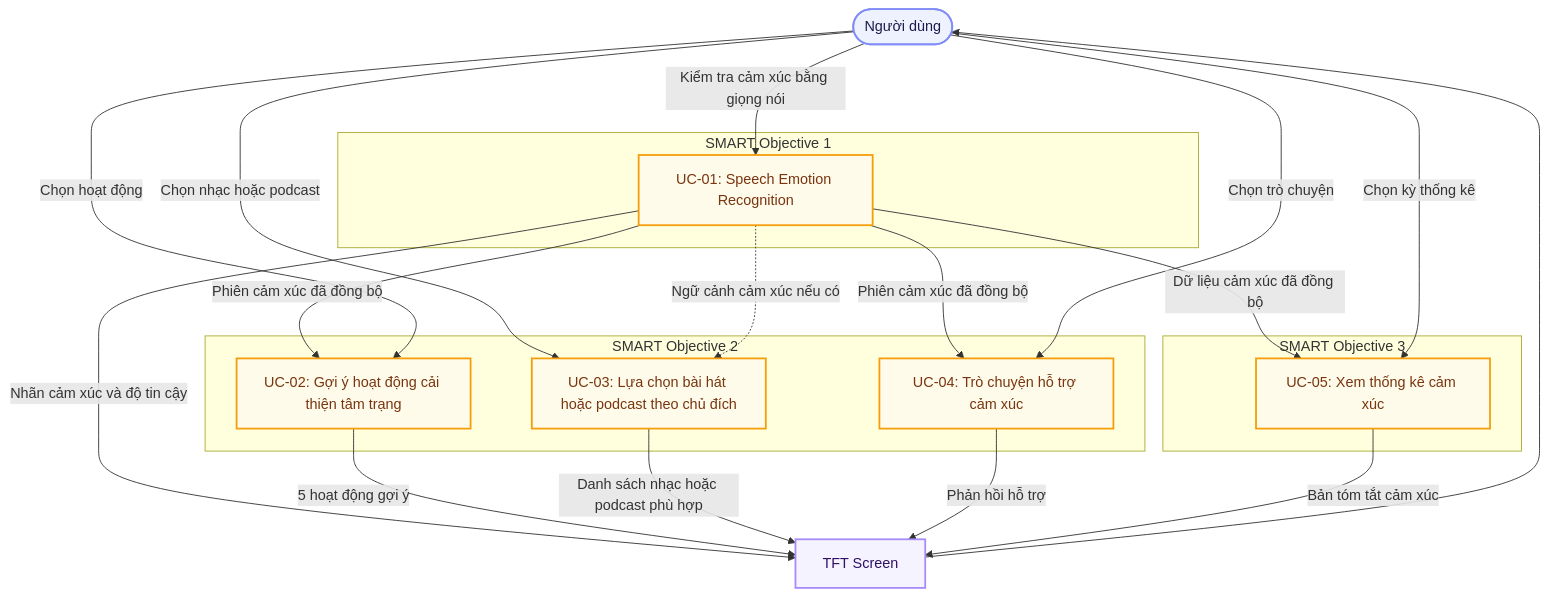
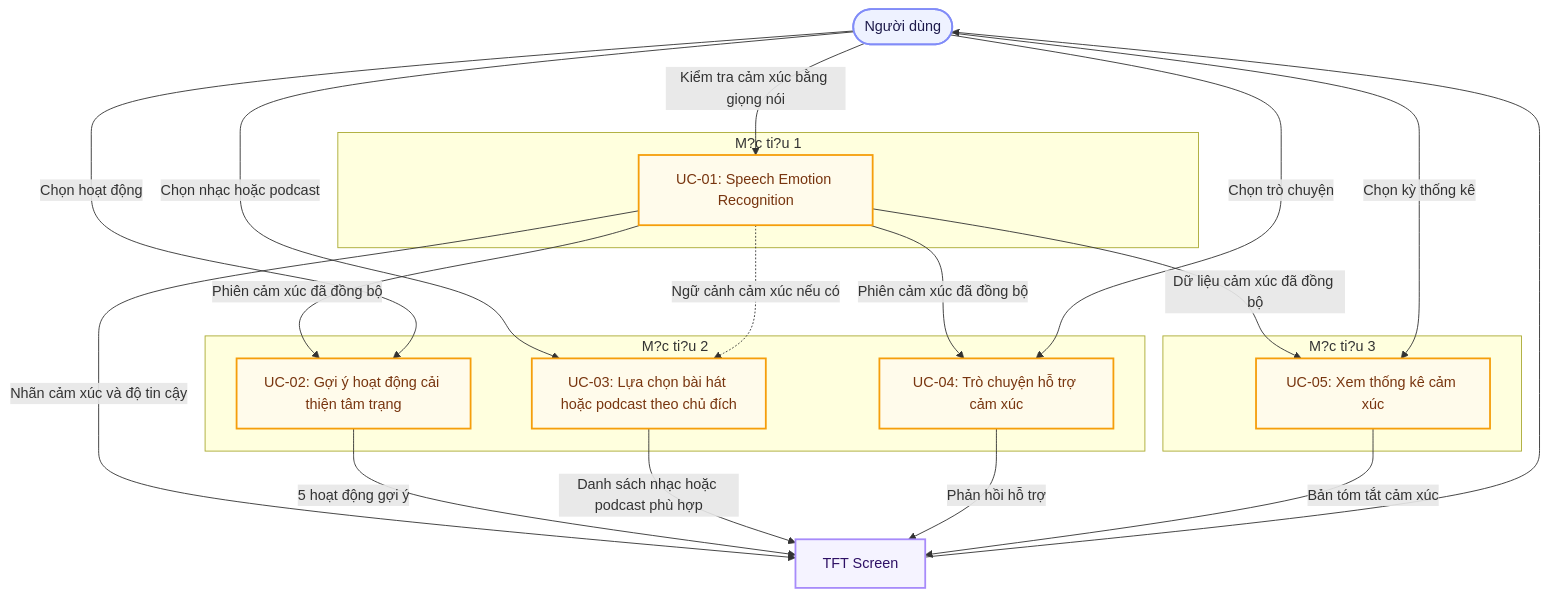
The second of 8 diagrams in docs/Spectification/EmotiCareAIoT/Specification.md (Computer-Vision-HCMUS/AIoT-Server), drawn with Mermaid before and after one commit. The commit also changed other lines of this file and 6 other files, not shown here.

````diff
--- a/docs/Spectification/EmotiCareAIoT/Specification.md
+++ b/docs/Spectification/EmotiCareAIoT/Specification.md
@@ -382,46 +355,46 @@
 ```mermaid
 flowchart TD
     User(["Người dùng"])
     TFT["TFT Screen"]
 
-    subgraph O1["SMART Objective 1"]
+    subgraph O1["M?c ti?u 1"]
         UC1["UC-01: Speech Emotion Recognition"]
     end
 
-    subgraph O2["SMART Objective 2"]
+    subgraph O2["M?c ti?u 2"]
         UC2["UC-02: Gợi ý hoạt động cải thiện tâm trạng"]
         UC3["UC-03: Lựa chọn bài hát hoặc podcast theo chủ đích"]
         UC4["UC-04: Trò chuyện hỗ trợ cảm xúc"]
     end
 
-    subgraph O3["SMART Objective 3"]
+    subgraph O3["M?c ti?u 3"]
         UC5["UC-05: Xem thống kê cảm xúc"]
     end
 
     User -->|"Kiểm tra cảm xúc bằng giọng nói"| UC1
     UC1 -->|"Nhãn cảm xúc và độ tin cậy"| TFT
     UC1 -->|"Phiên cảm xúc đã đồng bộ"| UC2
     User -->|"Chọn hoạt động"| UC2
     User -->|"Chọn nhạc hoặc podcast"| UC3
     UC1 -.->|"Ngữ cảnh cảm xúc nếu có"| UC3
     UC1 -->|"Phiên cảm xúc đã đồng bộ"| UC4
     User -->|"Chọn trò chuyện"| UC4
     UC1 -->|"Dữ liệu cảm xúc đã đồng bộ"| UC5
     User -->|"Chọn kỳ thống kê"| UC5
     UC2 -->|"5 hoạt động gợi ý"| TFT
     UC3 -->|"Danh sách nhạc hoặc podcast phù hợp"| TFT
     UC4 -->|"Phản hồi hỗ trợ"| TFT
     UC5 -->|"Bản tóm tắt cảm xúc"| TFT
     TFT --> User
 
 
     classDef userNode stroke:#818cf8,fill:#eef2ff,stroke-width:2px,color:#1e1b4b
     classDef edgeNode stroke:#a78bfa,fill:#f5f3ff,stroke-width:2px,color:#2e1065
     classDef cacheNode stroke:#2dd4bf,fill:#f0fdfa,stroke-width:2px,color:#0d5a57
     classDef cloudNode stroke:#38bdf8,fill:#f0f9ff,stroke-width:2px,color:#0c3d67
     classDef serviceNode stroke:#4ade80,fill:#f0fdf4,stroke-width:2px,color:#1a3a1a
     classDef actionNode stroke:#f59e0b,fill:#fffbeb,stroke-width:2px,color:#78350f
     class User userNode
     class TFT edgeNode
     class UC1,UC2,UC3,UC4,UC5 actionNode
 ```
````
